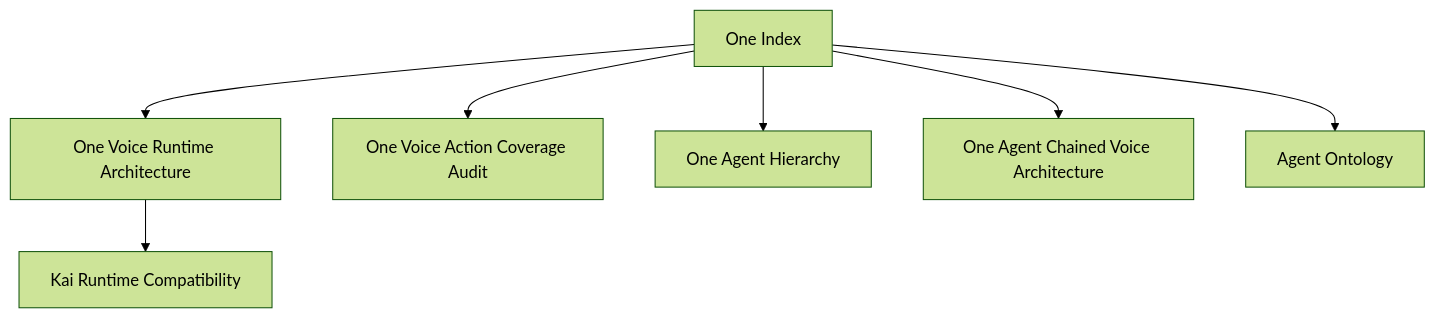
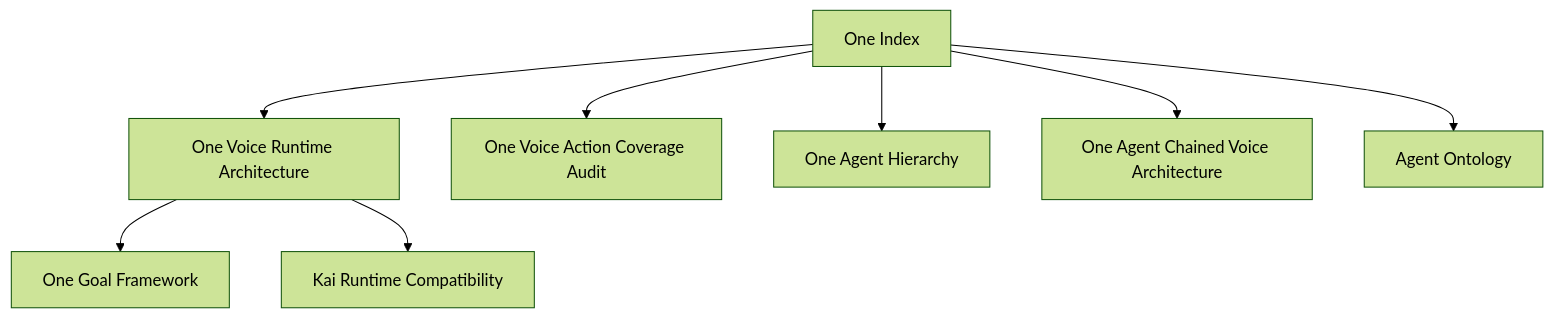
Before and after one commit to hushh-labs/hushh-research: the diagram in docs/reference/one/README.md, drawn with Mermaid (forest theme). The commit also changed other lines of this file and 120 other files, not shown here.

Commit message:
feat(one): land voice goals and mobile polish

````diff
--- a/docs/reference/one/README.md
+++ b/docs/reference/one/README.md
@@ -5,17 +5,19 @@
 ```mermaid
 flowchart TD
   root["One Index"]
   voice["One Voice Runtime Architecture"]
+  goal["One Goal Framework"]
   coverage["One Voice Action Coverage Audit"]
   hierarchy["One Agent Hierarchy"]
   chain["One Agent Chained Voice Architecture"]
   kai["Kai Runtime Compatibility"]
   ontology["Agent Ontology"]
 
   root --> voice
+  voice --> goal
   root --> coverage
   root --> hierarchy
   root --> chain
   voice --> kai
   root --> ontology
 ```
````
